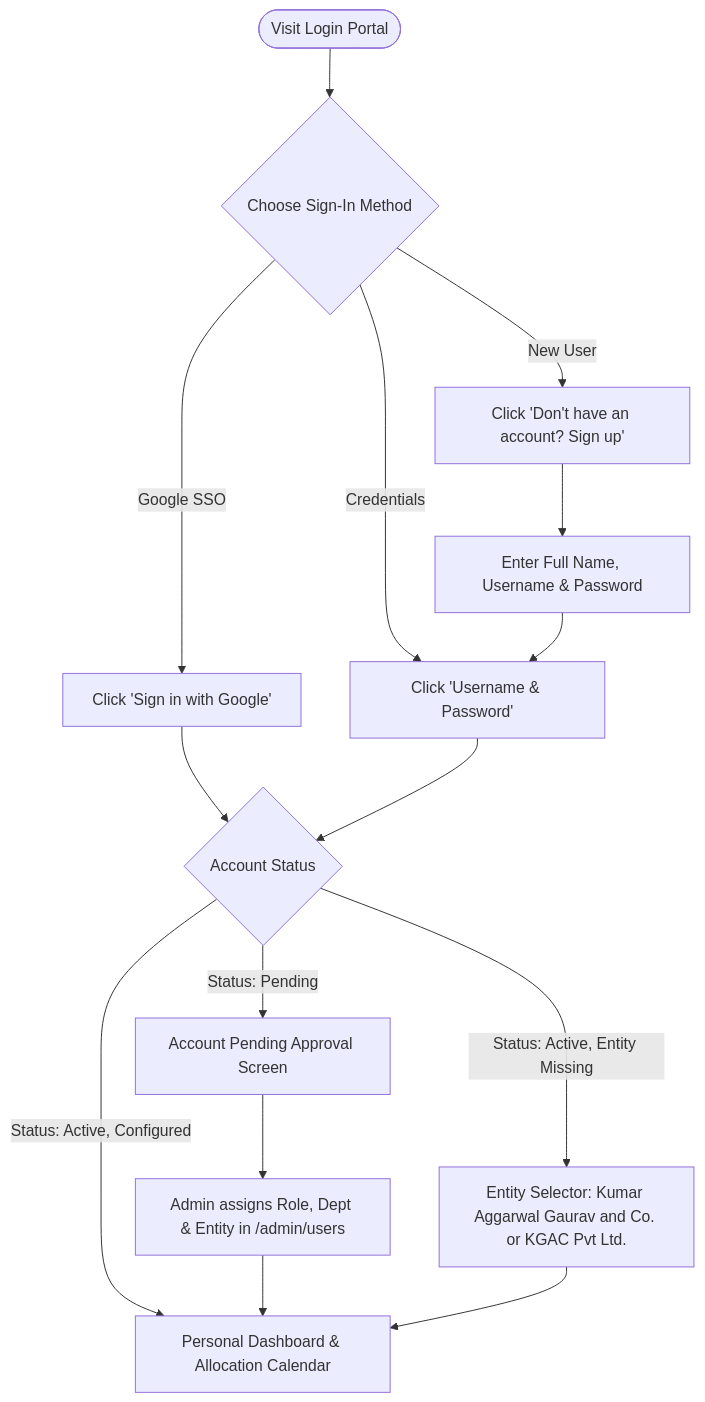
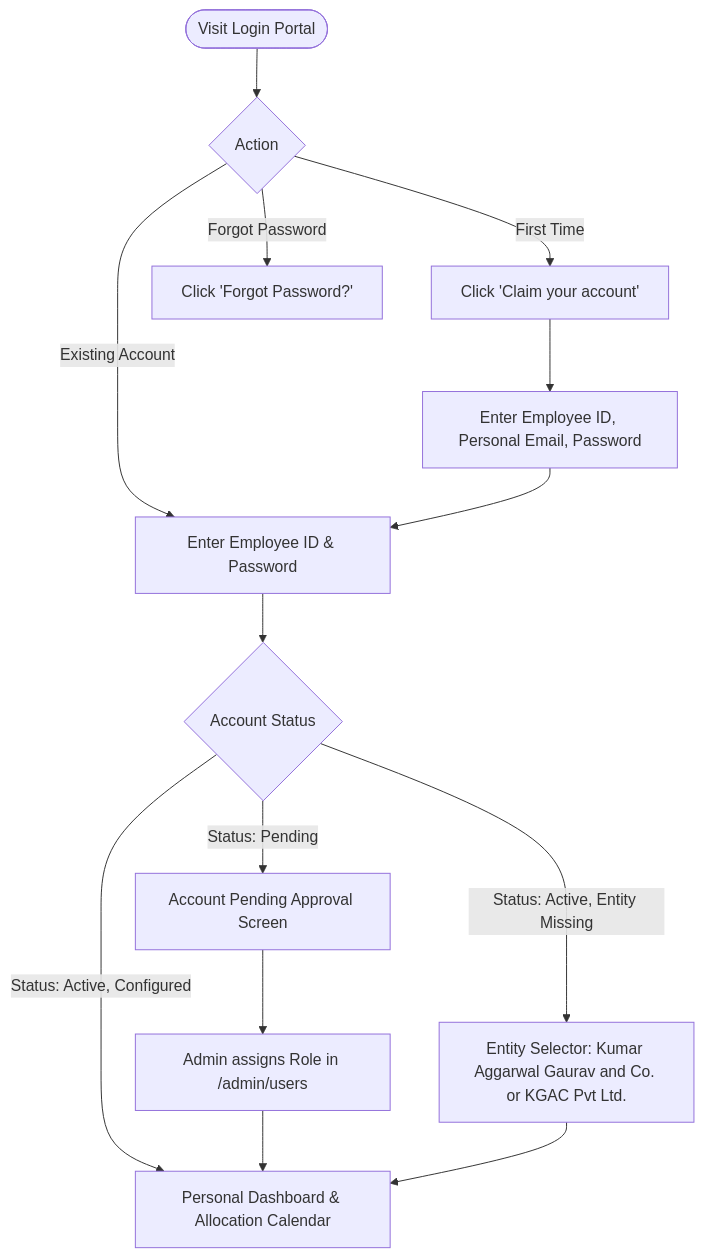
Before and after one commit to Rachit-Goyal238/kgac-allocation: the second of 3 diagrams in docs/guides/MASTER_USER_WALKTHROUGH_GUIDE.md, drawn with Mermaid. The commit also changed other lines of this file and 21 other files, not shown here.

Commit message:
feat: migrate to Employee ID auth workflow and Account Claiming

````diff
--- a/docs/guides/MASTER_USER_WALKTHROUGH_GUIDE.md
+++ b/docs/guides/MASTER_USER_WALKTHROUGH_GUIDE.md
@@ -91,21 +91,20 @@
 ```mermaid
 graph TD
-    Start([Visit Login Portal]) --> AuthChoice{Choose Sign-In Method}
-    AuthChoice -->|Google SSO| GoogleOAuth[Click 'Sign in with Google']
-    AuthChoice -->|Credentials| UserPass[Click 'Username & Password']
-    AuthChoice -->|New User| SignUp[Click 'Don't have an account? Sign up']
+    Start([Visit Login Portal]) --> AuthChoice{Action}
+    AuthChoice -->|Existing Account| UserPass[Enter Employee ID & Password]
+    AuthChoice -->|First Time| Claim[Click 'Claim your account']
+    AuthChoice -->|Forgot Password| Reset[Click 'Forgot Password?']
     
-    SignUp --> CreateAcc[Enter Full Name, Username & Password]
+    Claim --> CreateAcc[Enter Employee ID, Personal Email, Password]
     CreateAcc --> UserPass
     
-    GoogleOAuth --> StatusCheck{Account Status}
-    UserPass --> StatusCheck
+    UserPass --> StatusCheck{Account Status}
     
     StatusCheck -->|Status: Pending| PendingScreen[Account Pending Approval Screen]
     StatusCheck -->|Status: Active, Entity Missing| EntityModal[Entity Selector: Kumar Aggarwal Gaurav and Co. or KGAC Pvt Ltd.]
     StatusCheck -->|Status: Active, Configured| AppHome[Personal Dashboard & Allocation Calendar]
     
-    PendingScreen --> AdminReview[Admin assigns Role, Dept & Entity in /admin/users]
+    PendingScreen --> AdminReview[Admin assigns Role in /admin/users]
     AdminReview --> AppHome
     EntityModal --> AppHome
 ```
````
